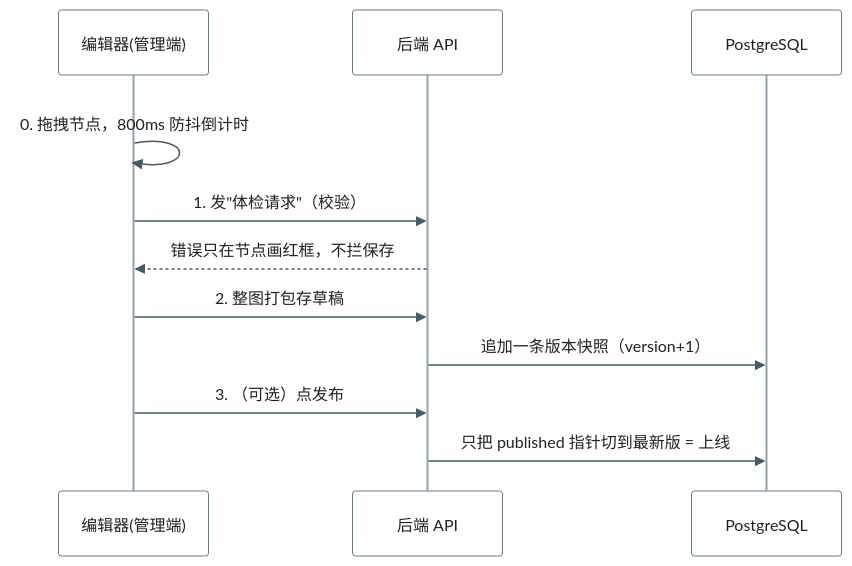
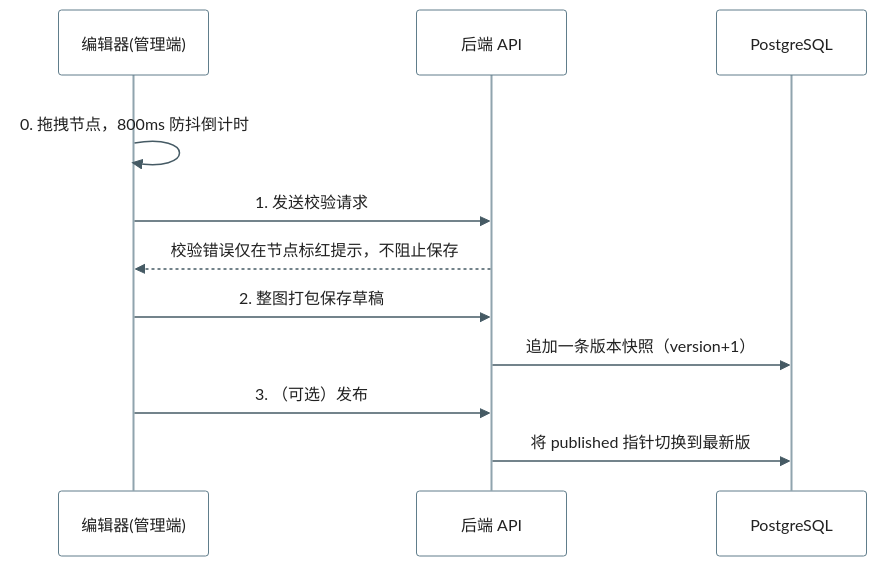
One commit to miragesky2049/boxia-agent changed the second of 5 diagrams in docs/canvas-save-run-sequence.md. Above: the diagram before and after it, drawn with Mermaid. The commit also changed other lines of this file and 136 other files, not shown here.

````diff
--- a/docs/canvas-save-run-sequence.md
+++ b/docs/canvas-save-run-sequence.md
@@ -113,16 +113,16 @@
 ```mermaid
 %%{init: {'theme':'base','themeVariables':{'background':'#ffffff','primaryColor':'#ffffff','primaryTextColor':'#212121','primaryBorderColor':'#607d8b','lineColor':'#546e7a','textColor':'#212121','actorBkg':'#ffffff','actorBorder':'#607d8b','actorTextColor':'#212121','actorLineColor':'#90a4ae','signalColor':'#455a64','signalTextColor':'#212121','labelBoxBkgColor':'#eceff1','labelBoxBorderColor':'#607d8b','labelTextColor':'#212121','loopTextColor':'#212121','noteBkgColor':'#fff9c4','noteBorderColor':'#f9a825','noteTextColor':'#212121','sequenceNumberColor':'#ffffff'}}}%%
 sequenceDiagram
     participant E as 编辑器(管理端)
     participant A as 后端 API
     participant D as PostgreSQL
     rect rgb(255,255,255)
     E->>E: 0. 拖拽节点，800ms 防抖倒计时
-    E->>A: 1. 发"体检请求"（校验）
-    A-->>E: 错误只在节点画红框，不拦保存
-    E->>A: 2. 整图打包存草稿
+    E->>A: 1. 发送校验请求
+    A-->>E: 校验错误仅在节点标红提示，不阻止保存
+    E->>A: 2. 整图打包保存草稿
     A->>D: 追加一条版本快照（version+1）
-    E->>A: 3. （可选）点发布
-    A->>D: 只把 published 指针切到最新版 = 上线
+    E->>A: 3. （可选）发布
+    A->>D: 将 published 指针切换到最新版
     end
 ```
````
